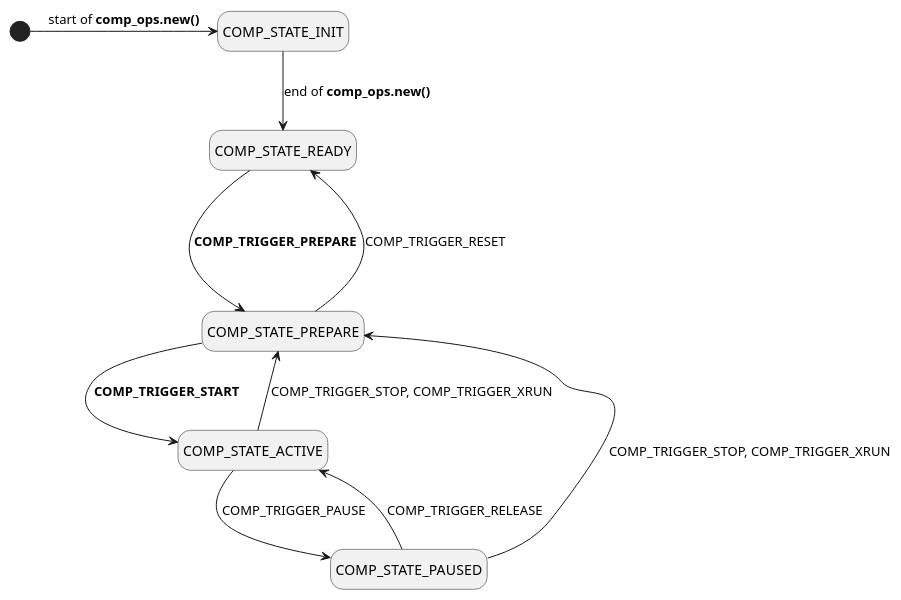
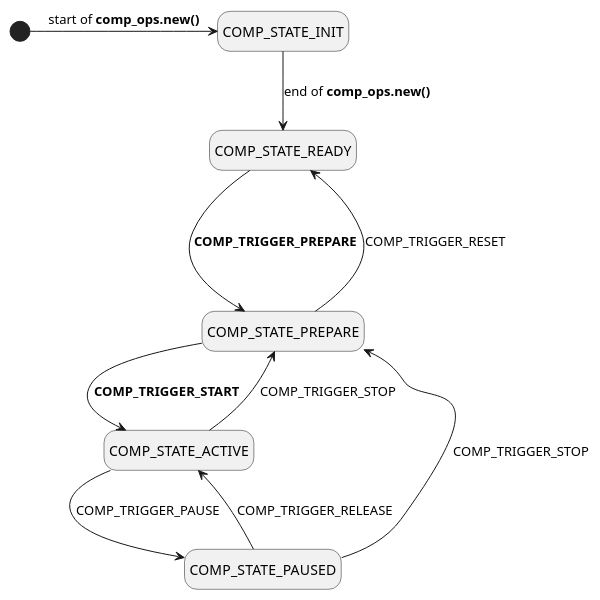
One commit to thesofproject/sof-docs changed the diagram in developer_guides/firmware/components/images/comp-dev-states.pu. Above: the diagram before and after it, drawn with PlantUML.

Commit message:
components: update the device state machine diagram
Update the component device state machine diagram
to remove the transitions during the XRUN trigger.

```diff
--- a/developer_guides/firmware/components/images/comp-dev-states.pu
+++ b/developer_guides/firmware/components/images/comp-dev-states.pu
@@ -1,17 +1,17 @@
 hide empty description
 [*] -right-> COMP_STATE_INIT : start of <b>comp_ops.new()</b>
 
 COMP_STATE_INIT --> COMP_STATE_READY : end of <b>comp_ops.new()</b>
 
 COMP_STATE_READY ---> COMP_STATE_PREPARE : <b>COMP_TRIGGER_PREPARE</b>
 
 COMP_STATE_PREPARE --> COMP_STATE_ACTIVE : <b>COMP_TRIGGER_START</b>
 
-COMP_STATE_ACTIVE --> COMP_STATE_PREPARE : COMP_TRIGGER_STOP, COMP_TRIGGER_XRUN
-COMP_STATE_PAUSED --> COMP_STATE_PREPARE : COMP_TRIGGER_STOP, COMP_TRIGGER_XRUN
+COMP_STATE_ACTIVE --> COMP_STATE_PREPARE : COMP_TRIGGER_STOP
+COMP_STATE_PAUSED --> COMP_STATE_PREPARE : COMP_TRIGGER_STOP
 
 COMP_STATE_ACTIVE -> COMP_STATE_PAUSED : COMP_TRIGGER_PAUSE
 
 COMP_STATE_PAUSED --> COMP_STATE_ACTIVE : COMP_TRIGGER_RELEASE
 
 COMP_STATE_PREPARE --> COMP_STATE_READY : COMP_TRIGGER_RESET
```
